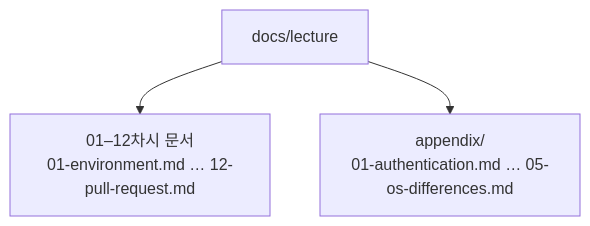
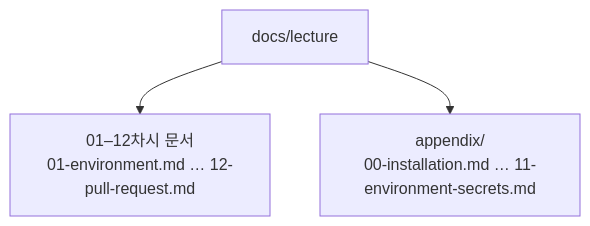
One commit to qus0in-factory/learn changed the second of 2 diagrams in docs/lecture/index.md. Above: the diagram before and after it, drawn with Mermaid. The commit also changed other lines of this file and 17 other files, not shown here.

````diff
--- a/docs/lecture/index.md
+++ b/docs/lecture/index.md
@@ -74,5 +79,5 @@
 ```mermaid
 flowchart TD
     L["docs/lecture"] --> C["01–12차시 문서<br/>01-environment.md … 12-pull-request.md"]
-    L --> A["appendix/<br/>01-authentication.md … 05-os-differences.md"]
+    L --> A["appendix/<br/>00-installation.md … 11-environment-secrets.md"]
 ```
````
